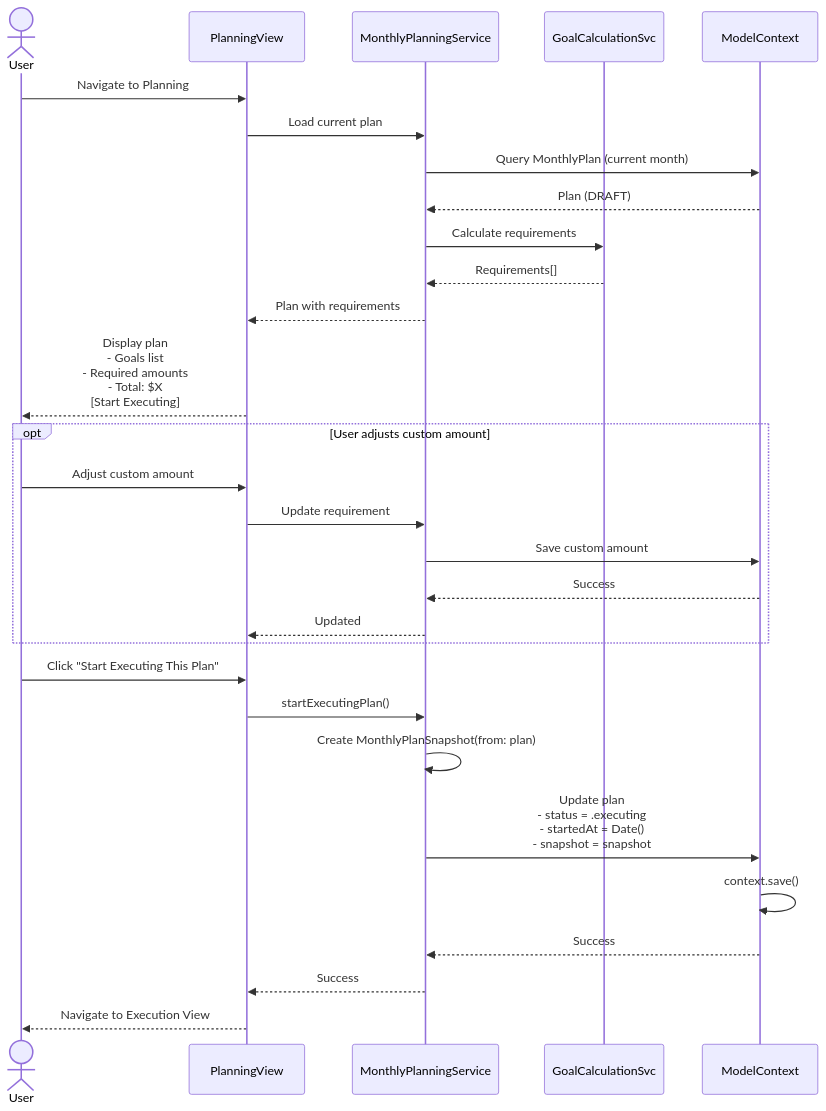
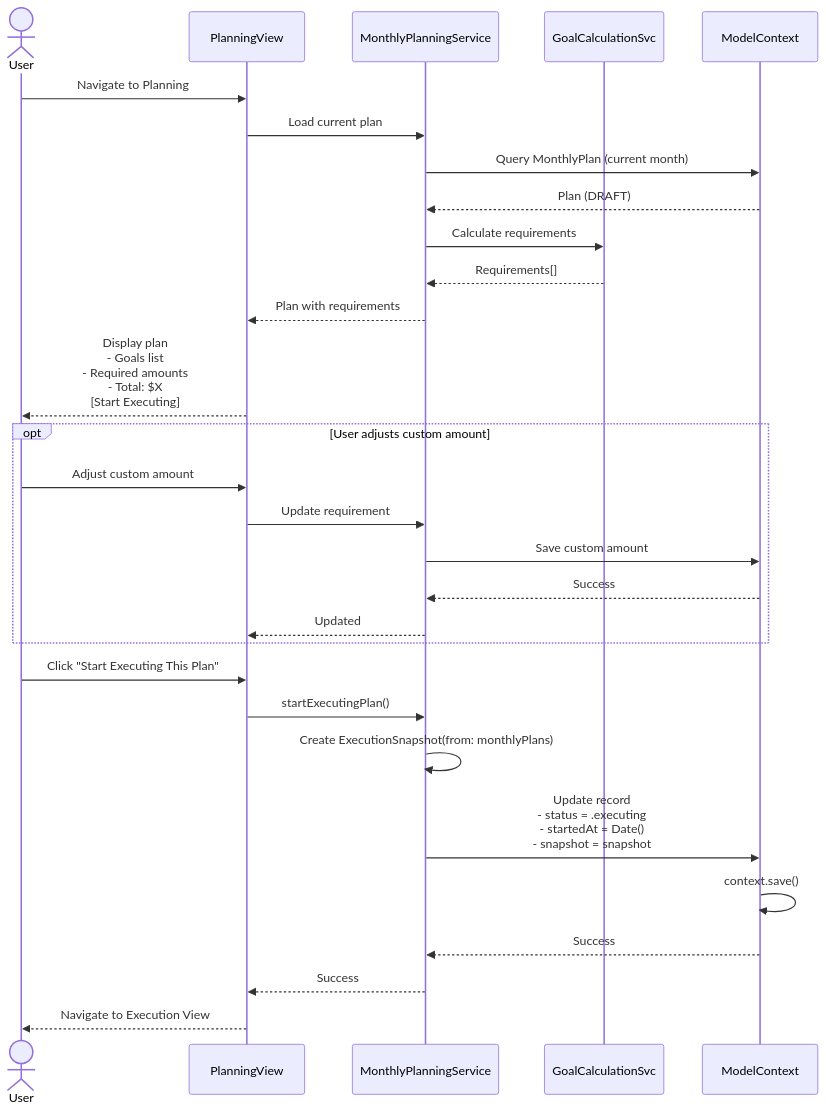
The first of 3 diagrams in docs/MONTHLY_EXECUTION_SOLUTION.md (lueurxax/CryptoSavingsTracker), drawn with Mermaid before and after one commit. The commit also changed other lines of this file and 71 other files, not shown here.

First line of the commit message:
fix(monthly-planning): ensure Lock Plan & Start Tracking button is visible

````diff
--- a/docs/MONTHLY_EXECUTION_SOLUTION.md
+++ b/docs/MONTHLY_EXECUTION_SOLUTION.md
@@ -1178,39 +1288,39 @@
 ```mermaid
 sequenceDiagram
     actor User
     participant PlanningView
     participant MonthlyPlanningService
     participant GoalCalculationSvc
     participant ModelContext
 
     User->>PlanningView: Navigate to Planning
     PlanningView->>MonthlyPlanningService: Load current plan
     MonthlyPlanningService->>ModelContext: Query MonthlyPlan (current month)
     ModelContext-->>MonthlyPlanningService: Plan (DRAFT)
 
     MonthlyPlanningService->>GoalCalculationSvc: Calculate requirements
     GoalCalculationSvc-->>MonthlyPlanningService: Requirements[]
     MonthlyPlanningService-->>PlanningView: Plan with requirements
 
     PlanningView-->>User: Display plan<br/>- Goals list<br/>- Required amounts<br/>- Total: $X<br/>[Start Executing]
 
     opt User adjusts custom amount
         User->>PlanningView: Adjust custom amount
         PlanningView->>MonthlyPlanningService: Update requirement
         MonthlyPlanningService->>ModelContext: Save custom amount
         ModelContext-->>MonthlyPlanningService: Success
         MonthlyPlanningService-->>PlanningView: Updated
     end
 
     User->>PlanningView: Click "Start Executing This Plan"
     PlanningView->>MonthlyPlanningService: startExecutingPlan()
 
-    MonthlyPlanningService->>MonthlyPlanningService: Create MonthlyPlanSnapshot(from: plan)
+    MonthlyPlanningService->>MonthlyPlanningService: Create ExecutionSnapshot(from: monthlyPlans)
 
-    MonthlyPlanningService->>ModelContext: Update plan<br/>- status = .executing<br/>- startedAt = Date()<br/>- snapshot = snapshot
+    MonthlyPlanningService->>ModelContext: Update record<br/>- status = .executing<br/>- startedAt = Date()<br/>- snapshot = snapshot
     ModelContext->>ModelContext: context.save()
     ModelContext-->>MonthlyPlanningService: Success
 
     MonthlyPlanningService-->>PlanningView: Success
     PlanningView-->>User: Navigate to Execution View
 ```
````
